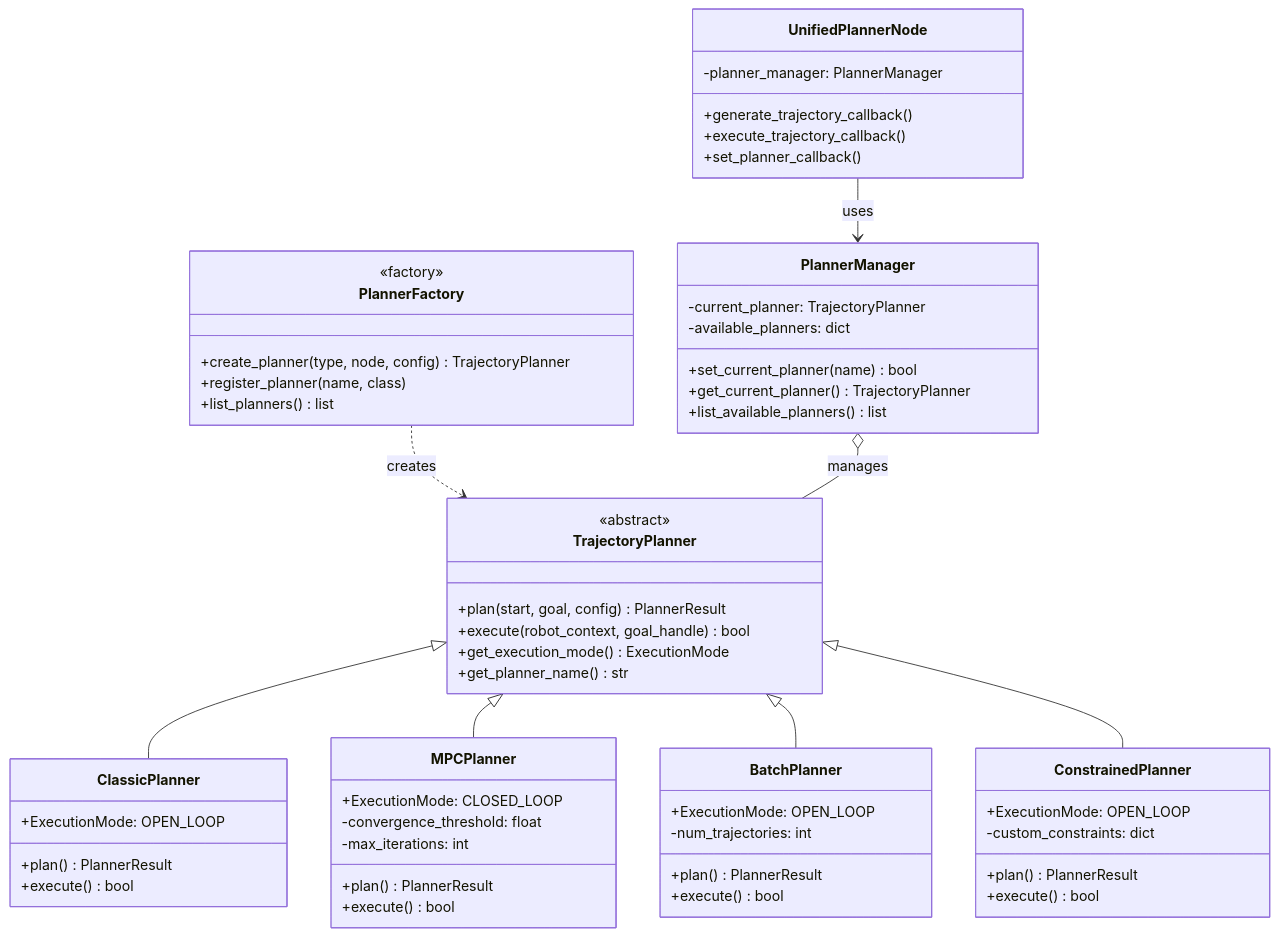
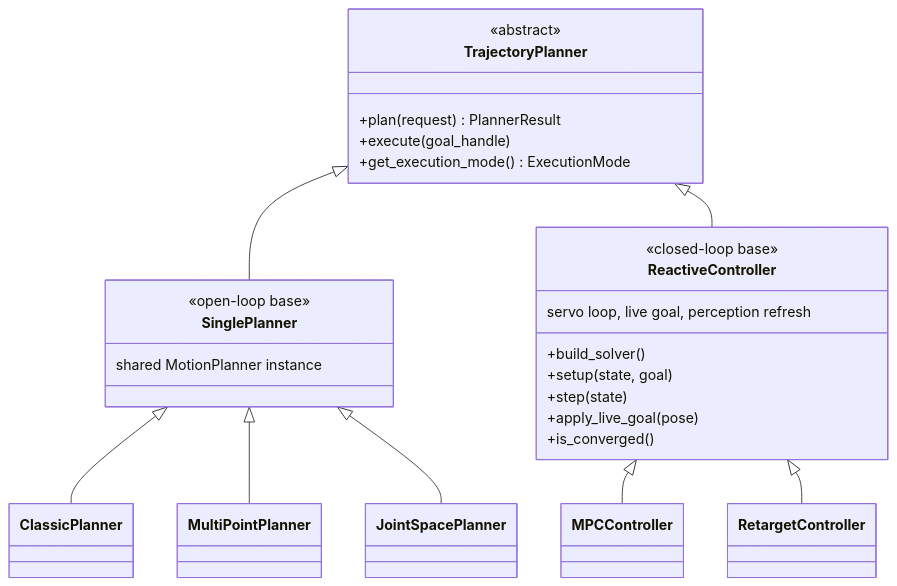
The second of 3 diagrams in docs/concepts/architecture.md (Lab-CORO/curobo_ros), drawn with Mermaid before and after one commit. The commit also changed other lines of this file and 39 other files, not shown here.

````diff
--- a/docs/concepts/architecture.md
+++ b/docs/concepts/architecture.md
@@ -18,68 +54,29 @@
-```mermaid
+```{mermaid}
 classDiagram
     class TrajectoryPlanner {
         <<abstract>>
-        +plan(start, goal, config) PlannerResult
-        +execute(robot_context, goal_handle) bool
+        +plan(request) PlannerResult
+        +execute(goal_handle)
         +get_execution_mode() ExecutionMode
-        +get_planner_name() str
     }
- 
-    class ClassicPlanner {
-        +ExecutionMode: OPEN_LOOP
-        +plan() PlannerResult
-        +execute() bool
+    class SinglePlanner {
+        <<open-loop base>>
+        shared MotionPlanner instance
     }
- 
-    class MPCPlanner {
-        +ExecutionMode: CLOSED_LOOP
-        +plan() PlannerResult
-        +execute() bool
-        -convergence_threshold: float
-        -max_iterations: int
+    class ReactiveController {
+        <<closed-loop base>>
+        servo loop, live goal, perception refresh
+        +build_solver()
+        +setup(state, goal)
+        +step(state)
+        +apply_live_goal(pose)
+        +is_converged()
     }
- 
-    class BatchPlanner {
-        +ExecutionMode: OPEN_LOOP
-        +plan() PlannerResult
-        +execute() bool
-        -num_trajectories: int
-    }
- 
-    class ConstrainedPlanner {
-        +ExecutionMode: OPEN_LOOP
-        +plan() PlannerResult
-        +execute() bool
-        -custom_constraints: dict
-    }
- 
-    class PlannerFactory {
-        <<factory>>
-        +create_planner(type, node, config) TrajectoryPlanner
-        +register_planner(name, class)
-        +list_planners() list
-    }
- 
-    class PlannerManager {
-        -current_planner: TrajectoryPlanner
-        -available_planners: dict
-        +set_current_planner(name) bool
-        +get_current_planner() TrajectoryPlanner
-        +list_available_planners() list
-    }
- 
-    class UnifiedPlannerNode {
-        -planner_manager: PlannerManager
-        +generate_trajectory_callback()
-        +execute_trajectory_callback()
-        +set_planner_callback()
-    }
- 
-    TrajectoryPlanner <|-- ClassicPlanner
-    TrajectoryPlanner <|-- MPCPlanner
-    TrajectoryPlanner <|-- BatchPlanner
-    TrajectoryPlanner <|-- ConstrainedPlanner
-    PlannerFactory ..> TrajectoryPlanner : creates
-    PlannerManager o-- TrajectoryPlanner : manages
-    UnifiedPlannerNode --> PlannerManager : uses
+    TrajectoryPlanner <|-- SinglePlanner
+    TrajectoryPlanner <|-- ReactiveController
+    SinglePlanner <|-- ClassicPlanner
+    SinglePlanner <|-- MultiPointPlanner
+    SinglePlanner <|-- JointSpacePlanner
+    ReactiveController <|-- MPCController
+    ReactiveController <|-- RetargetController
 ```
````
